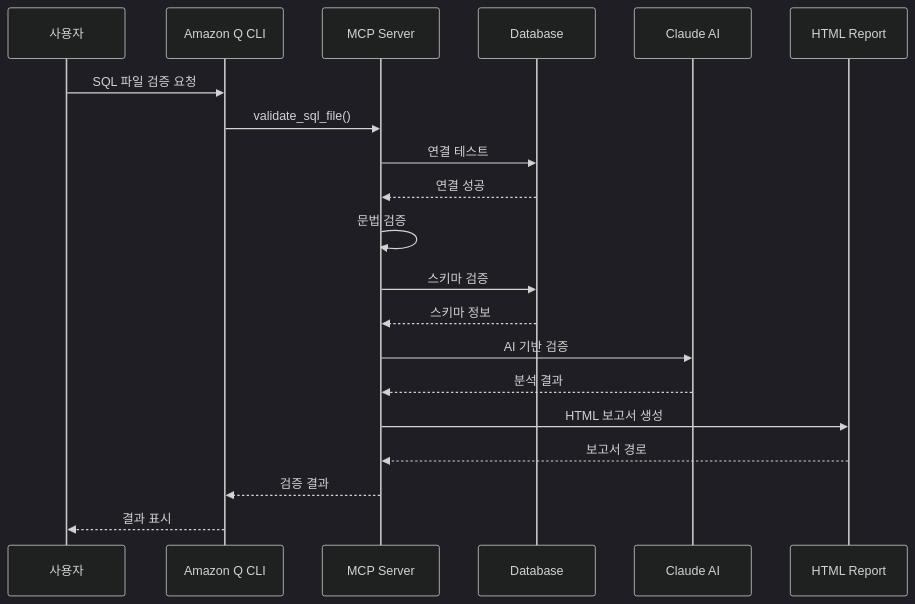
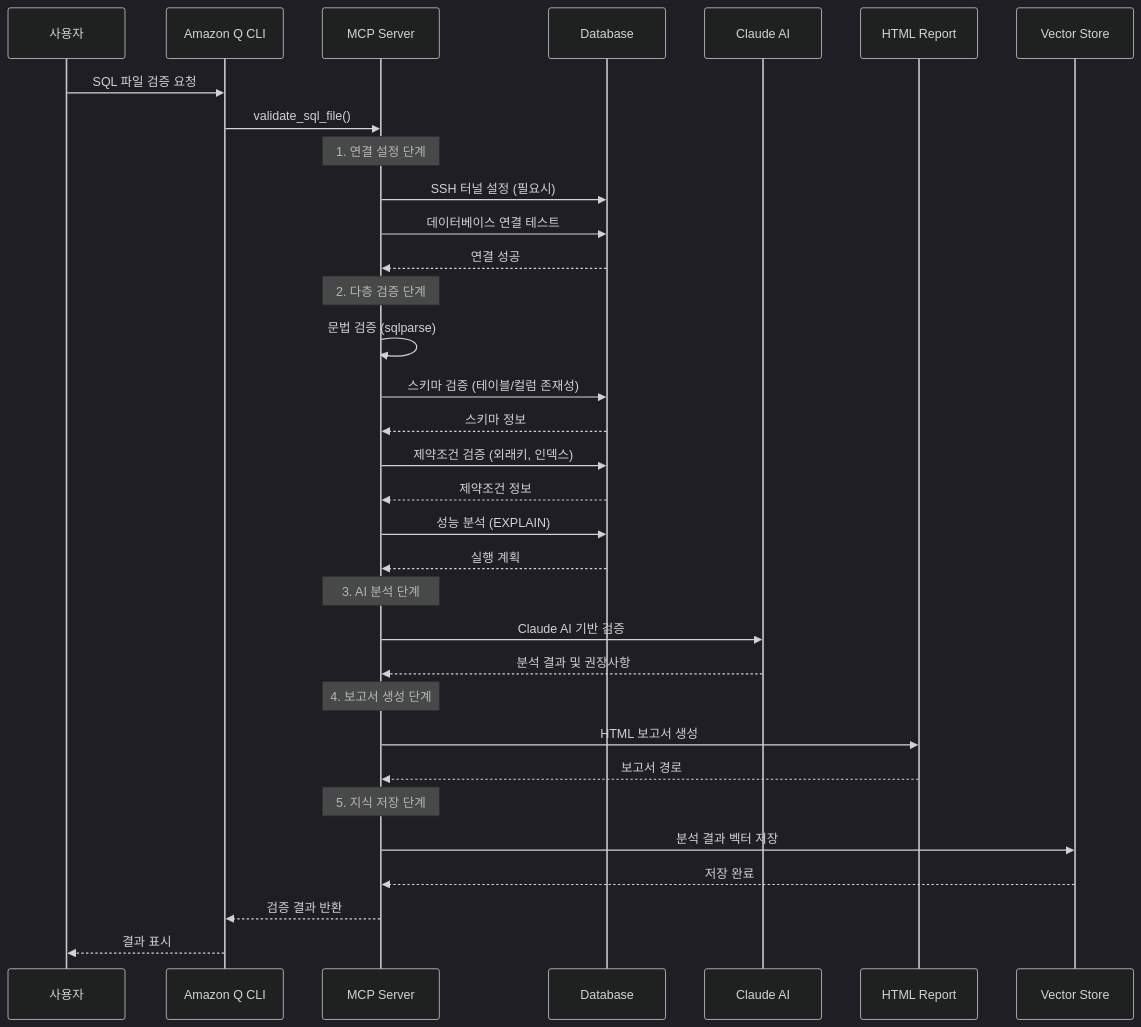
Before and after one commit to heungh/db_assistant_mcp: the second of 4 diagrams in README.md, drawn with Mermaid (dark theme). The commit also changed other lines of this file, not shown here.

````diff
--- a/README.md
+++ b/README.md
@@ -112,27 +126,42 @@
 ```mermaid
 sequenceDiagram
     participant User as 사용자
     participant Q as Amazon Q CLI
     participant MCP as MCP Server
     participant DB as Database
     participant AI as Claude AI
     participant Report as HTML Report
+    participant Vector as Vector Store
     
     User->>Q: SQL 파일 검증 요청
     Q->>MCP: validate_sql_file()
-    MCP->>DB: 연결 테스트
+    
+    Note over MCP: 1. 연결 설정 단계
+    MCP->>DB: SSH 터널 설정 (필요시)
+    MCP->>DB: 데이터베이스 연결 테스트
     DB-->>MCP: 연결 성공
     
-    MCP->>MCP: 문법 검증
-    MCP->>DB: 스키마 검증
+    Note over MCP: 2. 다층 검증 단계
+    MCP->>MCP: 문법 검증 (sqlparse)
+    MCP->>DB: 스키마 검증 (테이블/컬럼 존재성)
     DB-->>MCP: 스키마 정보
+    MCP->>DB: 제약조건 검증 (외래키, 인덱스)
+    DB-->>MCP: 제약조건 정보
+    MCP->>DB: 성능 분석 (EXPLAIN)
+    DB-->>MCP: 실행 계획
     
-    MCP->>AI: AI 기반 검증
-    AI-->>MCP: 분석 결과
+    Note over MCP: 3. AI 분석 단계
+    MCP->>AI: Claude AI 기반 검증
+    AI-->>MCP: 분석 결과 및 권장사항
     
+    Note over MCP: 4. 보고서 생성 단계
     MCP->>Report: HTML 보고서 생성
     Report-->>MCP: 보고서 경로
     
-    MCP-->>Q: 검증 결과
+    Note over MCP: 5. 지식 저장 단계
+    MCP->>Vector: 분석 결과 벡터 저장
+    Vector-->>MCP: 저장 완료
+    
+    MCP-->>Q: 검증 결과 반환
     Q-->>User: 결과 표시
 ```
````
